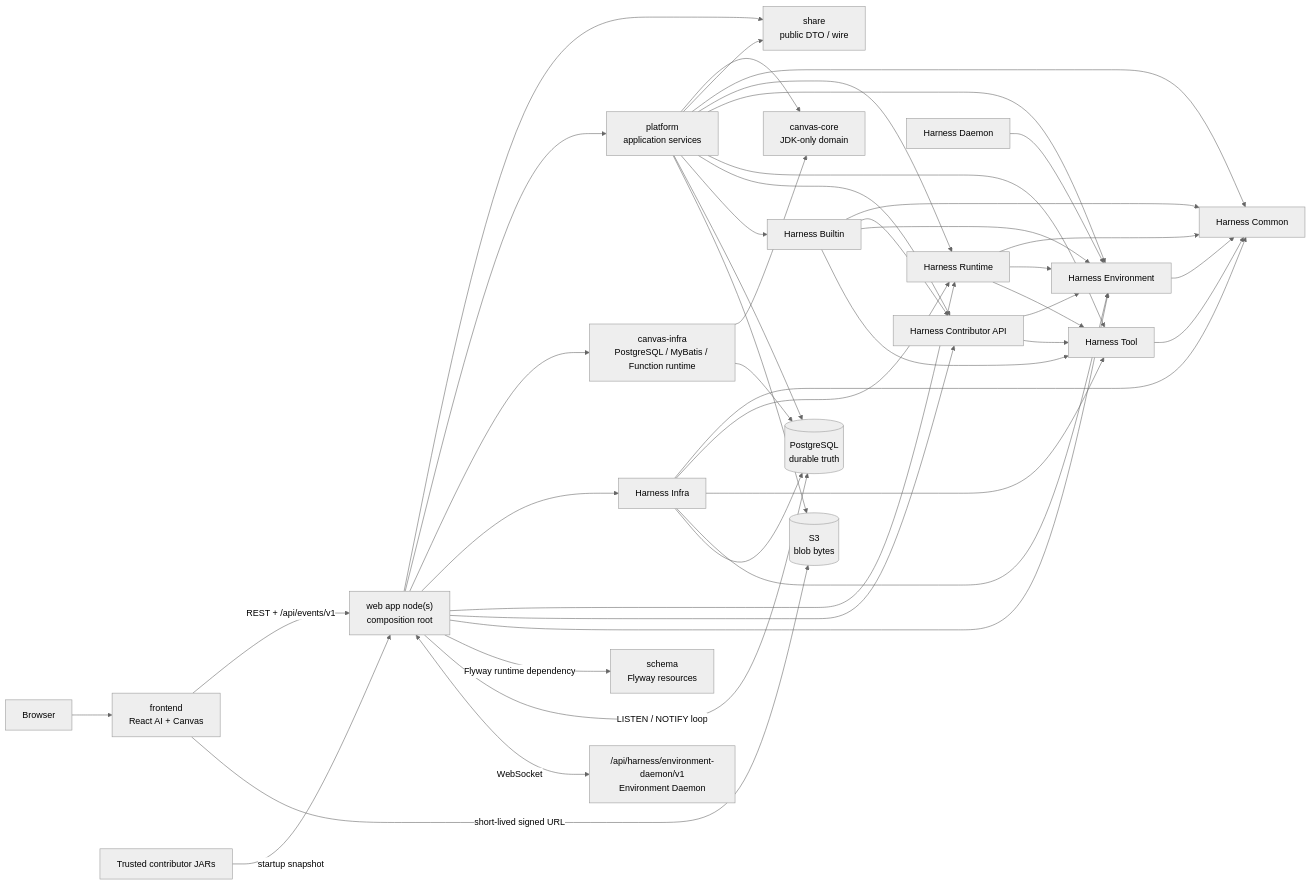
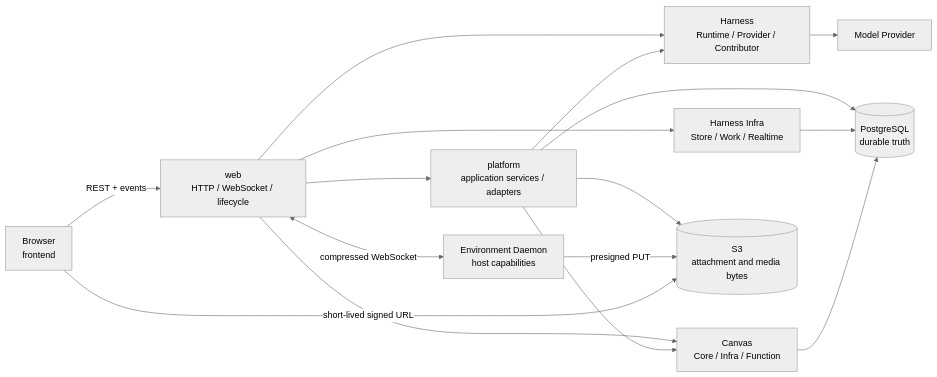
The diagram in docs/system-design.md (fengwk/kk-studio), drawn with Mermaid (neutral theme) before and after one commit. The commit also changed other lines of this file and 8 other files, not shown here.

Commit message:
docs: unify architecture navigation and quality checks

````diff
--- a/docs/system-design.md
+++ b/docs/system-design.md
@@ -25,67 +44,29 @@
 ```mermaid
 flowchart LR
-    Browser[Browser]
-    Frontend[frontend<br/>React AI + Canvas]
-    Web["web app node(s)<br/>composition root"]
-    Share[share<br/>public DTO / wire]
-    Platform[platform<br/>application services]
-    Schema[schema<br/>Flyway resources]
-    CanvasCore[canvas-core<br/>JDK-only domain]
-    CanvasInfra[canvas-infra<br/>PostgreSQL / MyBatis / Function runtime]
-    HarnessCommon[Harness Common]
-    HarnessTool[Harness Tool]
-    HarnessEnvironment[Harness Environment]
-    HarnessRuntime[Harness Runtime]
-    HarnessContributorApi[Harness Contributor API]
-    HarnessInfra[Harness Infra]
-    HarnessDaemon[Harness Daemon]
-    HarnessBuiltin[Harness Builtin]
-    PG[(PostgreSQL<br/>durable truth)]
-    S3[(S3<br/>blob bytes)]
-    Env["/api/harness/environment-daemon/v1<br/>Environment Daemon"]
-    Trusted[Trusted contributor JARs]
+    Browser["Browser<br/>frontend"]
+    Web["web<br/>HTTP / WebSocket / lifecycle"]
+    Platform["platform<br/>application services / adapters"]
+    Harness["Harness<br/>Runtime / Provider / Contributor"]
+    HarnessInfra["Harness Infra<br/>Store / Work / Realtime"]
+    Canvas["Canvas<br/>Core / Infra / Function"]
+    PG[("PostgreSQL<br/>durable truth")]
+    S3[("S3<br/>attachment and media bytes")]
+    Provider["Model Provider"]
+    Daemon["Environment Daemon<br/>host capabilities"]
 
-    Browser --> Frontend
-    Frontend -->|REST + /api/events/v1| Web
-    Web --> Share
+    Browser -->|REST + events| Web
     Web --> Platform
-    Web --> CanvasInfra
+    Web --> Harness
     Web --> HarnessInfra
-    Web --> HarnessRuntime
-    Web --> HarnessContributorApi
-    Web --> HarnessEnvironment
-    CanvasInfra --> CanvasCore
-    HarnessInfra --> HarnessCommon
-    HarnessInfra --> HarnessRuntime
-    HarnessInfra --> HarnessTool
-    HarnessInfra --> HarnessEnvironment
-    HarnessTool --> HarnessCommon
-    HarnessEnvironment --> HarnessCommon
-    HarnessRuntime --> HarnessCommon
-    HarnessRuntime --> HarnessEnvironment
-    HarnessRuntime --> HarnessTool
-    HarnessContributorApi --> HarnessEnvironment
-    HarnessContributorApi --> HarnessTool
-    HarnessBuiltin --> HarnessCommon
-    HarnessBuiltin --> HarnessContributorApi
-    HarnessBuiltin --> HarnessEnvironment
-    HarnessBuiltin --> HarnessTool
-    HarnessDaemon --> HarnessEnvironment
-    Platform --> CanvasCore
-    Platform --> Share
-    Platform --> HarnessCommon
-    Platform --> HarnessRuntime
-    Platform --> HarnessEnvironment
-    Platform --> HarnessTool
-    Platform --> HarnessContributorApi
-    Platform --> HarnessBuiltin
-    Web -->|Flyway runtime dependency| Schema
-    Web -->|LISTEN / NOTIFY loop| PG
+    Web --> Canvas
+    Platform --> Harness
+    Platform --> Canvas
     Platform --> PG
     Platform --> S3
-    CanvasInfra --> PG
     HarnessInfra --> PG
-    Frontend -->|short-lived signed URL| S3
-    Web <-->|WebSocket| Env
-    Trusted -->|startup snapshot| Web
+    Canvas --> PG
+    Harness --> Provider
+    Web <-->|compressed WebSocket| Daemon
+    Daemon -->|presigned PUT| S3
+    Browser -->|short-lived signed URL| S3
 ```
````
